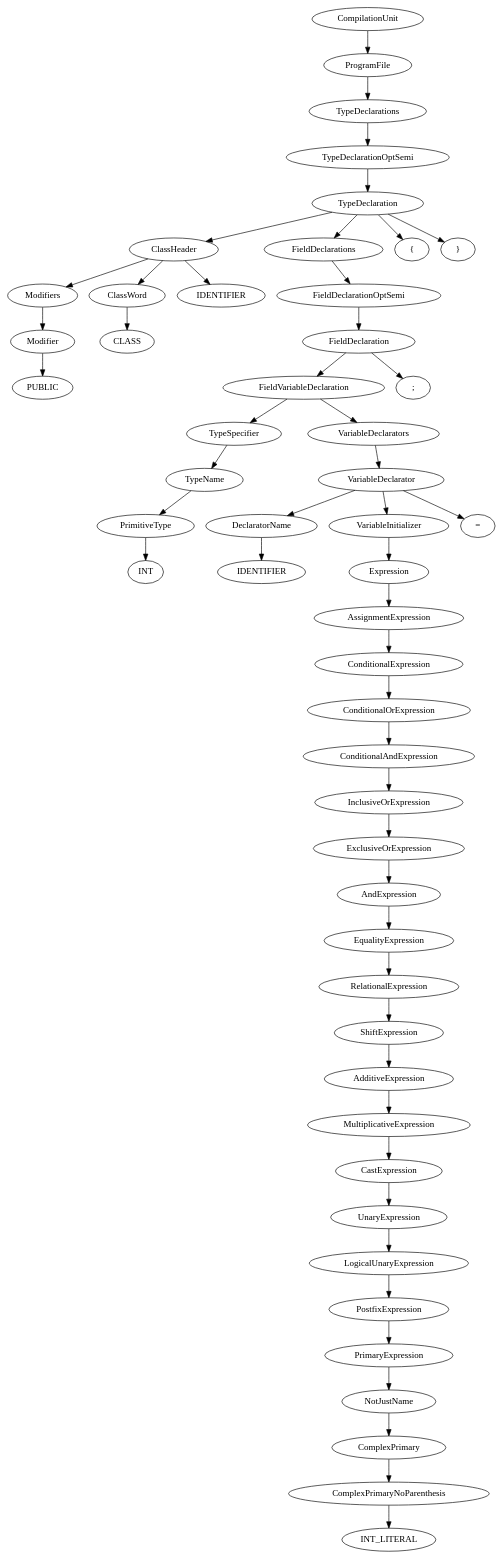
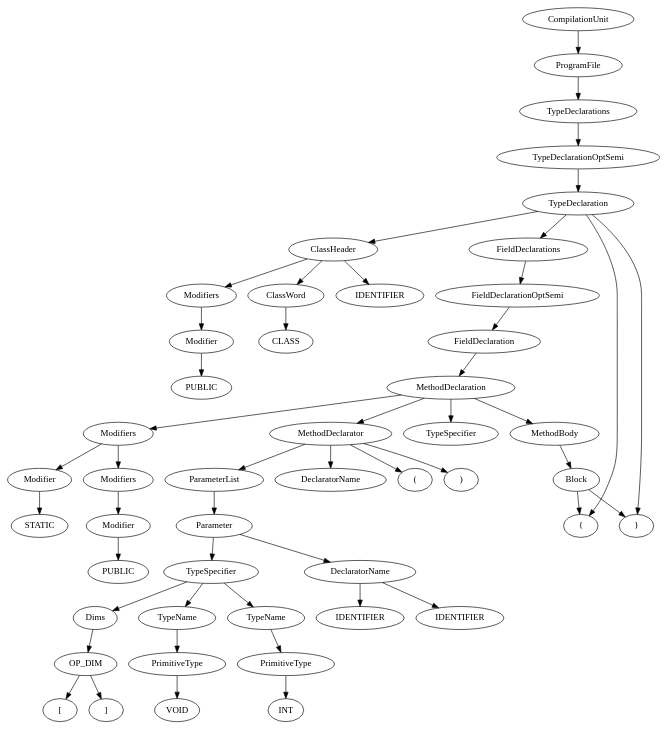
The diagram in asgn2/parse_tree.dot (shubhag/compiler), drawn with Graphviz before and after one commit. The commit also changed 18 other files, not shown here.

```diff
--- a/asgn2/parse_tree.dot
+++ b/asgn2/parse_tree.dot
@@ -1,90 +1,75 @@
 digraph "Parse Tree" {
 	ProgramFile1 [label = "ProgramFile"] 
 	CompilationUnit -> {  ProgramFile1 }
 	TypeDeclarations1 [label = "TypeDeclarations"] 
 	ProgramFile1 -> {  TypeDeclarations1 }
 	TypeDeclarationOptSemi1 [label = "TypeDeclarationOptSemi"] 
 	TypeDeclarations1 -> {  TypeDeclarationOptSemi1 }
 	TypeDeclaration1 [label = "TypeDeclaration"] 
 	TypeDeclarationOptSemi1 -> {  TypeDeclaration1 }
 	ClassHeader1 [label = "ClassHeader"] 
 	FieldDeclarations1 [label = "FieldDeclarations"] 
 	TypeDeclaration1 -> {  ClassHeader1 "{" FieldDeclarations1 "}" }
 	FieldDeclarationOptSemi1 [label = "FieldDeclarationOptSemi"] 
 	FieldDeclarations1 -> {  FieldDeclarationOptSemi1 }
 	FieldDeclaration1 [label = "FieldDeclaration"] 
 	FieldDeclarationOptSemi1 -> {  FieldDeclaration1 }
-	FieldVariableDeclaration1 [label = "FieldVariableDeclaration"] 
-	FieldDeclaration1 -> {  FieldVariableDeclaration1 ";" }
+	MethodDeclaration1 [label = "MethodDeclaration"] 
+	FieldDeclaration1 -> {  MethodDeclaration1 }
+	Modifiers1 [label = "Modifiers"] 
 	TypeSpecifier1 [label = "TypeSpecifier"] 
-	VariableDeclarators1 [label = "VariableDeclarators"] 
-	FieldVariableDeclaration1 -> {  TypeSpecifier1 VariableDeclarators1 }
-	VariableDeclarator1 [label = "VariableDeclarator"] 
-	VariableDeclarators1 -> {  VariableDeclarator1 }
+	MethodDeclarator1 [label = "MethodDeclarator"] 
+	MethodBody1 [label = "MethodBody"] 
+	MethodDeclaration1 -> {  Modifiers1 TypeSpecifier1 MethodDeclarator1 MethodBody1 }
+	Block1 [label = "Block"] 
+	MethodBody1 -> {  Block1 }
+	Block1 -> {  "{" "}" }
 	DeclaratorName1 [label = "DeclaratorName"] 
-	VariableInitializer1 [label = "VariableInitializer"] 
-	VariableDeclarator1 -> {  DeclaratorName1 "=" VariableInitializer1 }
-	Expression1 [label = "Expression"] 
-	VariableInitializer1 -> {  Expression1 }
-	AssignmentExpression1 [label = "AssignmentExpression"] 
-	Expression1 -> {  AssignmentExpression1 }
-	ConditionalExpression1 [label = "ConditionalExpression"] 
-	AssignmentExpression1 -> {  ConditionalExpression1 }
-	ConditionalOrExpression1 [label = "ConditionalOrExpression"] 
-	ConditionalExpression1 -> {  ConditionalOrExpression1 }
-	ConditionalAndExpression1 [label = "ConditionalAndExpression"] 
-	ConditionalOrExpression1 -> {  ConditionalAndExpression1 }
-	InclusiveOrExpression1 [label = "InclusiveOrExpression"] 
-	ConditionalAndExpression1 -> {  InclusiveOrExpression1 }
-	ExclusiveOrExpression1 [label = "ExclusiveOrExpression"] 
-	InclusiveOrExpression1 -> {  ExclusiveOrExpression1 }
-	AndExpression1 [label = "AndExpression"] 
-	ExclusiveOrExpression1 -> {  AndExpression1 }
-	EqualityExpression1 [label = "EqualityExpression"] 
-	AndExpression1 -> {  EqualityExpression1 }
-	RelationalExpression1 [label = "RelationalExpression"] 
-	EqualityExpression1 -> {  RelationalExpression1 }
-	ShiftExpression1 [label = "ShiftExpression"] 
-	RelationalExpression1 -> {  ShiftExpression1 }
-	AdditiveExpression1 [label = "AdditiveExpression"] 
-	ShiftExpression1 -> {  AdditiveExpression1 }
-	MultiplicativeExpression1 [label = "MultiplicativeExpression"] 
-	AdditiveExpression1 -> {  MultiplicativeExpression1 }
-	CastExpression1 [label = "CastExpression"] 
-	MultiplicativeExpression1 -> {  CastExpression1 }
-	UnaryExpression1 [label = "UnaryExpression"] 
-	CastExpression1 -> {  UnaryExpression1 }
-	LogicalUnaryExpression1 [label = "LogicalUnaryExpression"] 
-	UnaryExpression1 -> {  LogicalUnaryExpression1 }
-	PostfixExpression1 [label = "PostfixExpression"] 
-	LogicalUnaryExpression1 -> {  PostfixExpression1 }
-	PrimaryExpression1 [label = "PrimaryExpression"] 
-	PostfixExpression1 -> {  PrimaryExpression1 }
-	NotJustName1 [label = "NotJustName"] 
-	PrimaryExpression1 -> {  NotJustName1 }
-	ComplexPrimary1 [label = "ComplexPrimary"] 
-	NotJustName1 -> {  ComplexPrimary1 }
-	ComplexPrimaryNoParenthesis1 [label = "ComplexPrimaryNoParenthesis"] 
-	ComplexPrimary1 -> {  ComplexPrimaryNoParenthesis1 }
-	INT_LITERAL1 [label = "INT_LITERAL"] 
-	ComplexPrimaryNoParenthesis1 -> {  INT_LITERAL1 }
+	ParameterList1 [label = "ParameterList"] 
+	MethodDeclarator1 -> {  DeclaratorName1 "(" ParameterList1 ")" }
+	Parameter1 [label = "Parameter"] 
+	ParameterList1 -> {  Parameter1 }
+	TypeSpecifier2 [label = "TypeSpecifier"] 
+	DeclaratorName2 [label = "DeclaratorName"] 
+	Parameter1 -> {  TypeSpecifier2 DeclaratorName2 }
 	IDENTIFIER1 [label = "IDENTIFIER"] 
-	DeclaratorName1 -> {  IDENTIFIER1 }
+	DeclaratorName2 -> {  IDENTIFIER1 }
 	TypeName1 [label = "TypeName"] 
-	TypeSpecifier1 -> {  TypeName1 }
+	Dims1 [label = "Dims"] 
+	TypeSpecifier2 -> {  TypeName1 Dims1 }
+	OP_DIM1 [label = "OP_DIM"] 
+	Dims1 -> {  OP_DIM1 }
+	OP_DIM1 -> {  "[" "]" }
 	PrimitiveType1 [label = "PrimitiveType"] 
 	TypeName1 -> {  PrimitiveType1 }
 	INT1 [label = "INT"] 
 	PrimitiveType1 -> {  INT1 }
-	Modifiers1 [label = "Modifiers"] 
+	IDENTIFIER2 [label = "IDENTIFIER"] 
+	DeclaratorName2 -> {  IDENTIFIER2 }
+	TypeName2 [label = "TypeName"] 
+	TypeSpecifier2 -> {  TypeName2 }
+	PrimitiveType2 [label = "PrimitiveType"] 
+	TypeName2 -> {  PrimitiveType2 }
+	VOID1 [label = "VOID"] 
+	PrimitiveType2 -> {  VOID1 }
+	Modifiers2 [label = "Modifiers"] 
+	Modifier1 [label = "Modifier"] 
+	Modifiers1 -> {  Modifiers2 Modifier1 }
+	STATIC1 [label = "STATIC"] 
+	Modifier1 -> {  STATIC1 }
+	Modifier2 [label = "Modifier"] 
+	Modifiers2 -> {  Modifier2 }
+	PUBLIC1 [label = "PUBLIC"] 
+	Modifier2 -> {  PUBLIC1 }
+	Modifiers3 [label = "Modifiers"] 
 	ClassWord1 [label = "ClassWord"] 
-	IDENTIFIER2 [label = "IDENTIFIER"] 
-	ClassHeader1 -> {  Modifiers1 ClassWord1 IDENTIFIER2 }
+	IDENTIFIER3 [label = "IDENTIFIER"] 
+	ClassHeader1 -> {  Modifiers3 ClassWord1 IDENTIFIER3 }
 	CLASS1 [label = "CLASS"] 
 	ClassWord1 -> {  CLASS1 }
-	Modifier1 [label = "Modifier"] 
-	Modifiers1 -> {  Modifier1 }
-	PUBLIC1 [label = "PUBLIC"] 
-	Modifier1 -> {  PUBLIC1 }
+	Modifier3 [label = "Modifier"] 
+	Modifiers3 -> {  Modifier3 }
+	PUBLIC2 [label = "PUBLIC"] 
+	Modifier3 -> {  PUBLIC2 }
 
 }
```
